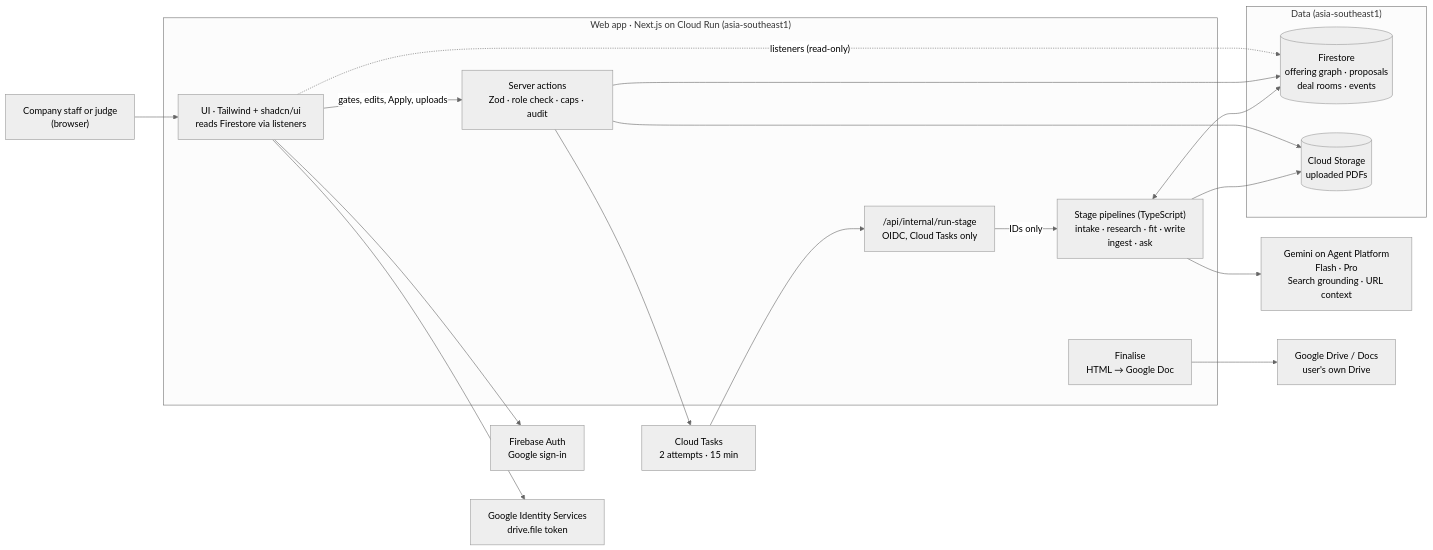
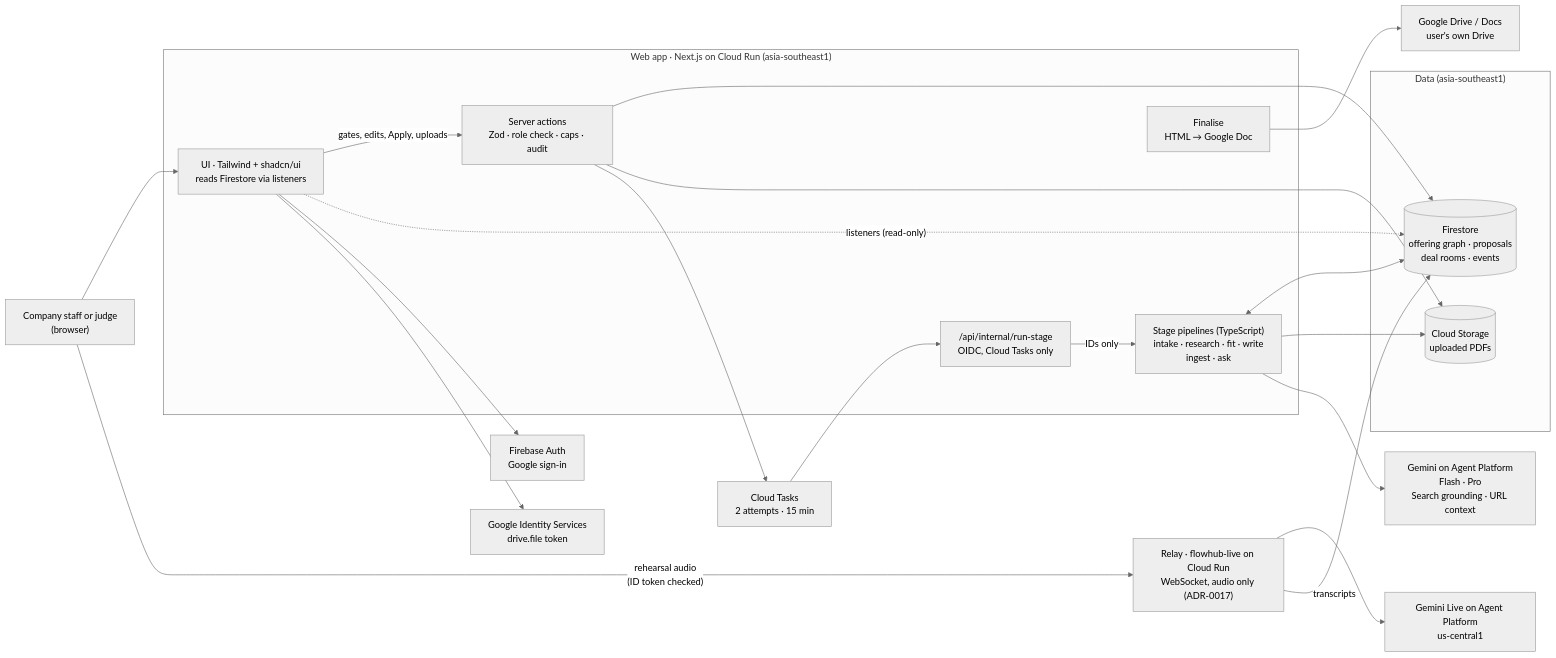
Before and after one commit to azmfrsdev/flowhub: the first of 2 diagrams in docs/architecture.md, drawn with Mermaid (neutral theme). The commit also changed other lines of this file and 29 other files, not shown here.

First line of the commit message:
Rehearsal (C1): practise the meeting with the buyer played by Gemini

````diff
--- a/docs/architecture.md
+++ b/docs/architecture.md
@@ -20,38 +20,43 @@
 ```mermaid
 flowchart LR
   user["Company staff or judge<br/>(browser)"]
 
   subgraph web["Web app · Next.js on Cloud Run (asia-southeast1)"]
     ui["UI · Tailwind + shadcn/ui<br/>reads Firestore via listeners"]
     actions["Server actions<br/>Zod · role check · caps · audit"]
     runroute["/api/internal/run-stage<br/>OIDC, Cloud Tasks only"]
     pipelines["Stage pipelines (TypeScript)<br/>intake · research · fit · write<br/>ingest · ask"]
     finalise["Finalise<br/>HTML → Google Doc"]
   end
 
   subgraph data["Data (asia-southeast1)"]
     fs[("Firestore<br/>offering graph · proposals<br/>deal rooms · events")]
     gcs[("Cloud Storage<br/>uploaded PDFs")]
   end
 
   tasks["Cloud Tasks<br/>2 attempts · 15 min"]
   gemini["Gemini on Agent Platform<br/>Flash · Pro<br/>Search grounding · URL context"]
   auth["Firebase Auth<br/>Google sign-in"]
   gis["Google Identity Services<br/>drive.file token"]
   drive["Google Drive / Docs<br/>user's own Drive"]
+  live["Relay · flowhub-live on Cloud Run<br/>WebSocket, audio only (ADR-0017)"]
+  geminiLive["Gemini Live on Agent Platform<br/>us-central1"]
 
   user --> ui
   ui -- "gates, edits, Apply, uploads" --> actions
   ui -. "listeners (read-only)" .-> fs
   ui --> auth
   ui --> gis
   actions --> fs
   actions --> gcs
   actions --> tasks
   tasks --> runroute
   runroute -- "IDs only" --> pipelines
   pipelines <--> fs
   pipelines --> gcs
   pipelines --> gemini
   finalise --> drive
+  user -- "rehearsal audio<br/>(ID token checked)" --> live
+  live --> geminiLive
+  live -- "transcripts" --> fs
 ```
````
